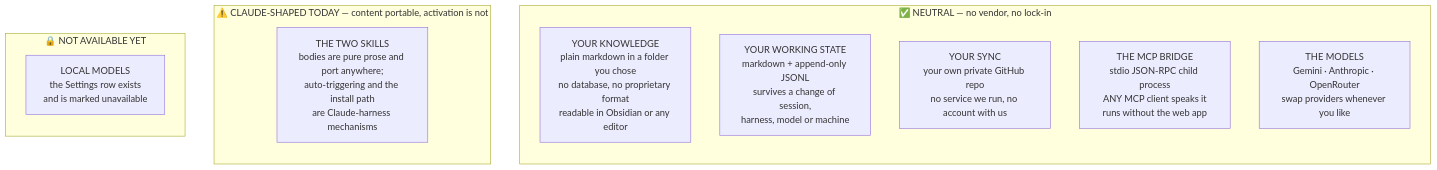
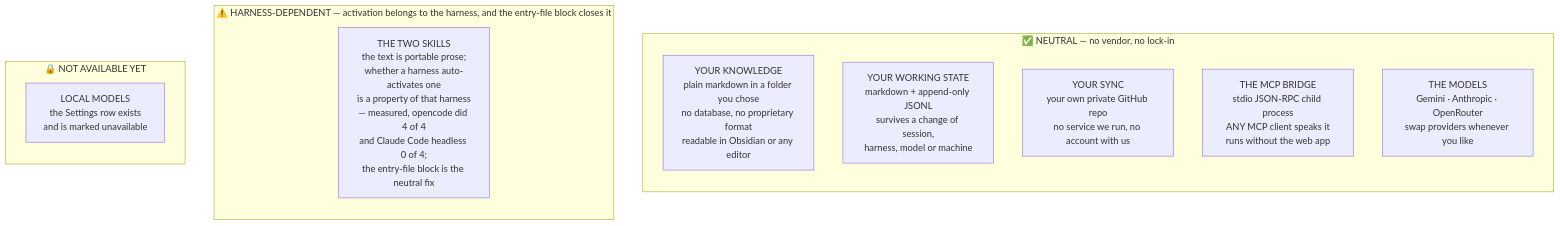
The diagram in README.md (talirezun/the-curator), drawn with Mermaid before and after one commit. The commit also changed other lines of this file and 6 other files, not shown here.

````diff
--- a/README.md
+++ b/README.md
@@ -162,21 +162,21 @@
 ```mermaid
 flowchart TD
     subgraph NEUTRAL["✅ NEUTRAL — no vendor, no lock-in"]
         direction TB
         S1[YOUR KNOWLEDGE<br/>plain markdown in a folder you chose<br/>no database, no proprietary format<br/>readable in Obsidian or any editor]
         S2[YOUR WORKING STATE<br/>markdown + append-only JSONL<br/>survives a change of session,<br/>harness, model or machine]
         S3[YOUR SYNC<br/>your own private GitHub repo<br/>no service we run, no account with us]
         S4[THE MCP BRIDGE<br/>stdio JSON-RPC child process<br/>ANY MCP client speaks it<br/>runs without the web app]
         S5[THE MODELS<br/>Gemini · Anthropic · OpenRouter<br/>swap providers whenever you like]
     end
 
-    subgraph SHAPED["⚠️ CLAUDE-SHAPED TODAY — content portable, activation is not"]
+    subgraph SHAPED["⚠️ HARNESS-DEPENDENT — activation belongs to the harness, and the entry-file block closes it"]
         direction TB
-        K1[THE TWO SKILLS<br/>bodies are pure prose and port anywhere;<br/>auto-triggering and the install path<br/>are Claude-harness mechanisms]
+        K1[THE TWO SKILLS<br/>the text is portable prose;<br/>whether a harness auto-activates one<br/>is a property of that harness<br/>— measured, opencode did 4 of 4<br/>and Claude Code headless 0 of 4;<br/>the entry-file block is the neutral fix]
     end
 
     subgraph FUTURE["🔒 NOT AVAILABLE YET"]
         direction TB
         F1[LOCAL MODELS<br/>the Settings row exists<br/>and is marked unavailable]
     end
 ```
````
